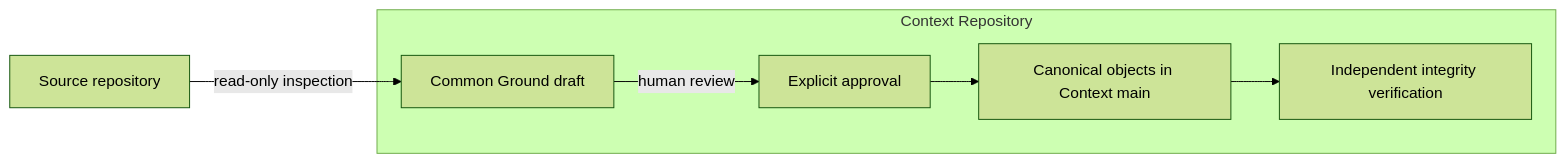
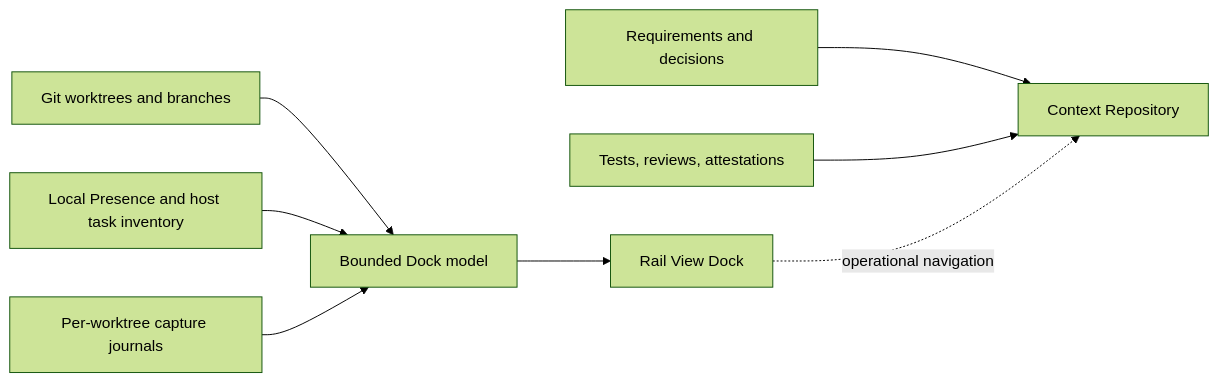
The diagram in README.md (DylanZhangzzz/DevMap), drawn with Mermaid (forest theme) before and after one commit. The commit also changed other lines of this file and 1 other file, not shown here.

````diff
--- a/README.md
+++ b/README.md
@@ -47,14 +49,12 @@
 ```mermaid
 flowchart LR
-    S[Source repository] -->|read-only inspection| D[Common Ground draft]
-    D -->|human review| A[Explicit approval]
-    A --> C[Canonical objects in Context main]
-    C --> V[Independent integrity verification]
+    G[Git worktrees and branches] --> M[Bounded Dock model]
+    P[Local Presence and host task inventory] --> M
+    J[Per-worktree capture journals] --> M
+    M --> D[Rail View Dock]
 
-    subgraph Context Repository
-        D
-        A
-        C
-        V
-    end
+    R[Requirements and decisions] --> C[Context Repository]
+    E[Tests, reviews, attestations] --> C
+
+    D -. operational navigation .-> C
 ```
````
